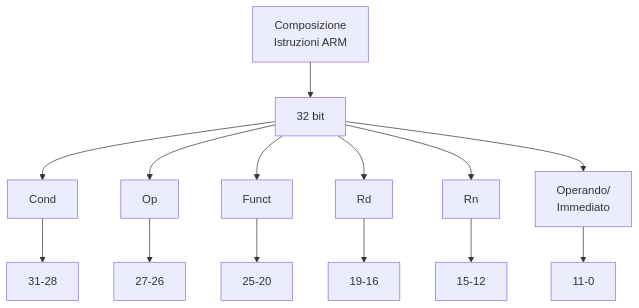
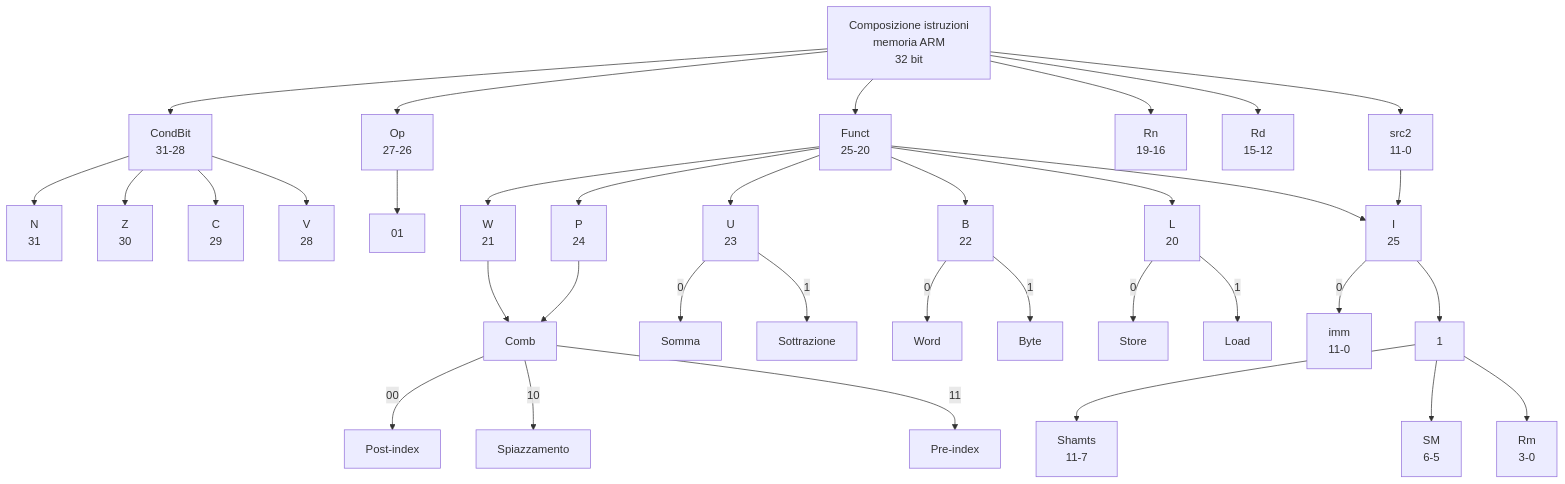
One commit to Firi0n/appunti-AESO changed the second of 7 diagrams in readme.md. Above: the diagram before and after it, drawn with Mermaid. The commit also changed other lines of this file, not shown here.

````diff
--- a/readme.md
+++ b/readme.md
@@ -972,10 +1015,31 @@
 ```mermaid
 graph TD
-  Title[Composizione<br>Istruzioni ARM] --> TotalBit[32 bit]
-  TotalBit --> Cond --> CondBit[31-28]
-  TotalBit --> Op --> OpBit[27-26]
-  TotalBit --> Funct --> FunctBit[25-20]
-  TotalBit --> Rd --> RdBit[19-16]
-  TotalBit --> Rn --> RnBit[15-12]
-  TotalBit --> Oper[Operando/<br>Immediato] --> OperBit[11-0]
+  Title[Composizione istruzioni<br>memoria ARM<br>32 bit]
+  Title --> Cond[CondBit<br>31-28]
+  Cond --> N[N<br>31]
+  Cond --> Z[Z<br>30]
+  Cond --> C[C<br>29]
+  Cond --> V[V<br>28]
+  Title --> Op[Op<br>27-26] --> 01
+  Title --> Funct[Funct<br>25-20]
+  Funct --> P[P<br>24] --> Comb
+  Funct --> U[U<br>23] -->|0|Somma
+  U -->|1|Sottrazione
+  Funct --> B[B<br>22] -->|0|Word
+  B -->|1|Byte
+  Funct --> W[W<br>21] --> Comb
+  Funct --> L[L<br>20] -->|0|Store
+  L -->|1|Load
+  Comb -->|00|Post-index
+  Comb -->|10|Spiazzamento
+  Comb -->|11|Pre-index
+  Title --> Rn[Rn<br>19-16]
+  Title --> Rd[Rd<br>15-12]
+  Title --> src[src2<br>11-0]
+  src --> I -->|0|imm[imm<br>11-0]
+  Funct --> I[I<br>25]
+  I --> I1[1]
+  I1 --> Shamts[Shamts<br>11-7]
+  I1 --> SM[SM<br>6-5]
+  I1 --> Rm[Rm<br>3-0]
 ```
````
